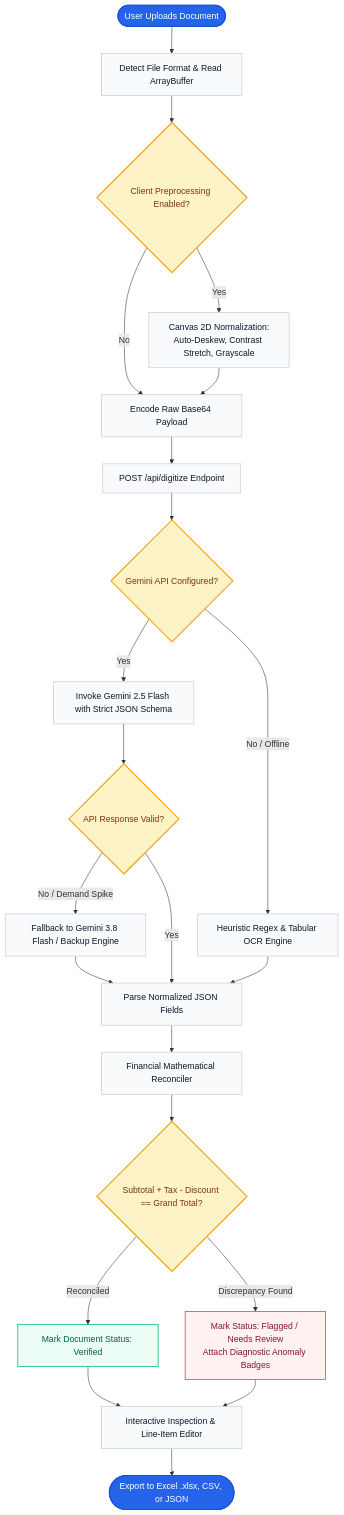
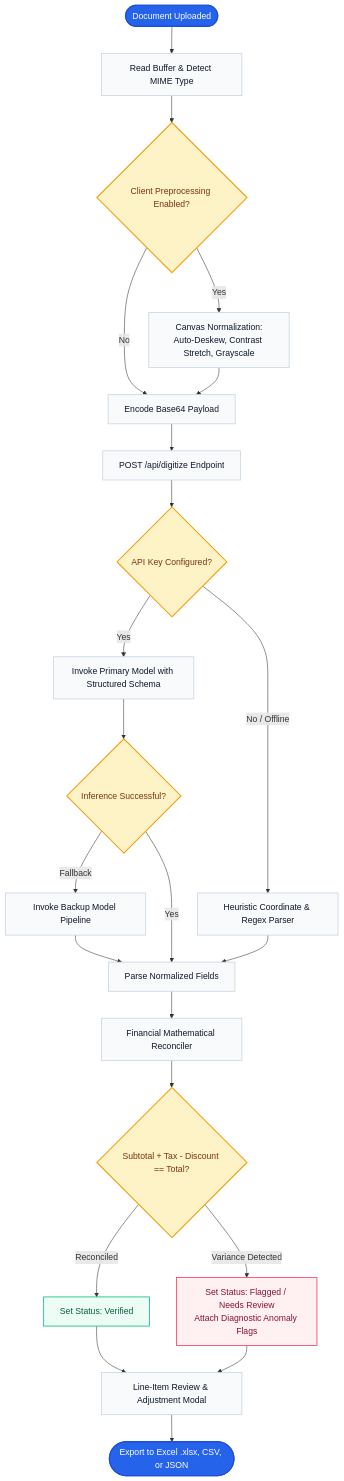
Before and after one commit to HP-Hari/Automated-Document-Digitiser: the second of 5 diagrams in README.md, drawn with Mermaid. The commit also changed other lines of this file, not shown here.

First line of the commit message:
docs: update project description and readme badges

````diff
--- a/README.md
+++ b/README.md
@@ -80,38 +130,38 @@
 ```mermaid
 flowchart TD
     classDef startNode fill:#2563eb,stroke:#1d4ed8,color:#ffffff,stroke-width:2px;
     classDef processNode fill:#f8fafc,stroke:#cbd5e1,color:#0f172a,stroke-width:1.5px;
     classDef decisionNode fill:#fef3c7,stroke:#f59e0b,color:#78350f,stroke-width:2px;
     classDef successNode fill:#ecfdf5,stroke:#10b981,color:#065f46,stroke-width:1.5px;
     classDef warningNode fill:#fff1f2,stroke:#f43f5e,color:#881337,stroke-width:1.5px;
 
-    A([User Uploads Document]):::startNode --> B[Detect File Format & Read ArrayBuffer]:::processNode
+    A([Document Uploaded]):::startNode --> B[Read Buffer & Detect MIME Type]:::processNode
     B --> C{Client Preprocessing Enabled?}:::decisionNode
 
-    C -- Yes --> D[Canvas 2D Normalization:<br/>Auto-Deskew, Contrast Stretch, Grayscale]:::processNode
-    C -- No --> E[Encode Raw Base64 Payload]:::processNode
+    C -- Yes --> D[Canvas Normalization:<br/>Auto-Deskew, Contrast Stretch, Grayscale]:::processNode
+    C -- No --> E[Encode Base64 Payload]:::processNode
     D --> E
 
     E --> F[POST /api/digitize Endpoint]:::processNode
-    F --> G{Gemini API Configured?}:::decisionNode
+    F --> G{API Key Configured?}:::decisionNode
 
-    G -- Yes --> H[Invoke Gemini 2.5 Flash with Strict JSON Schema]:::processNode
-    H --> I{API Response Valid?}:::decisionNode
-    I -- No / Demand Spike --> J[Fallback to Gemini 3.8 Flash / Backup Engine]:::processNode
-    J --> K[Parse Normalized JSON Fields]:::processNode
+    G -- Yes --> H[Invoke Primary Model with Structured Schema]:::processNode
+    H --> I{Inference Successful?}:::decisionNode
+    I -- Fallback --> J[Invoke Backup Model Pipeline]:::processNode
+    J --> K[Parse Normalized Fields]:::processNode
     I -- Yes --> K
 
-    G -- No / Offline --> L[Heuristic Regex & Tabular OCR Engine]:::processNode
+    G -- No / Offline --> L[Heuristic Coordinate & Regex Parser]:::processNode
     L --> K
 
     K --> M[Financial Mathematical Reconciler]:::processNode
-    M --> N{Subtotal + Tax - Discount == Grand Total?}:::decisionNode
+    M --> N{Subtotal + Tax - Discount == Total?}:::decisionNode
 
-    N -- Reconciled --> O[Mark Document Status: Verified]:::successNode
-    N -- Discrepancy Found --> P[Mark Status: Flagged / Needs Review<br/>Attach Diagnostic Anomaly Badges]:::warningNode
+    N -- Reconciled --> O[Set Status: Verified]:::successNode
+    N -- Variance Detected --> P[Set Status: Flagged / Needs Review<br/>Attach Diagnostic Anomaly Flags]:::warningNode
 
-    O --> Q[Interactive Inspection & Line-Item Editor]:::processNode
+    O --> Q[Line-Item Review & Adjustment Modal]:::processNode
     P --> Q
 
     Q --> R([Export to Excel .xlsx, CSV, or JSON]):::startNode
 ```
````
